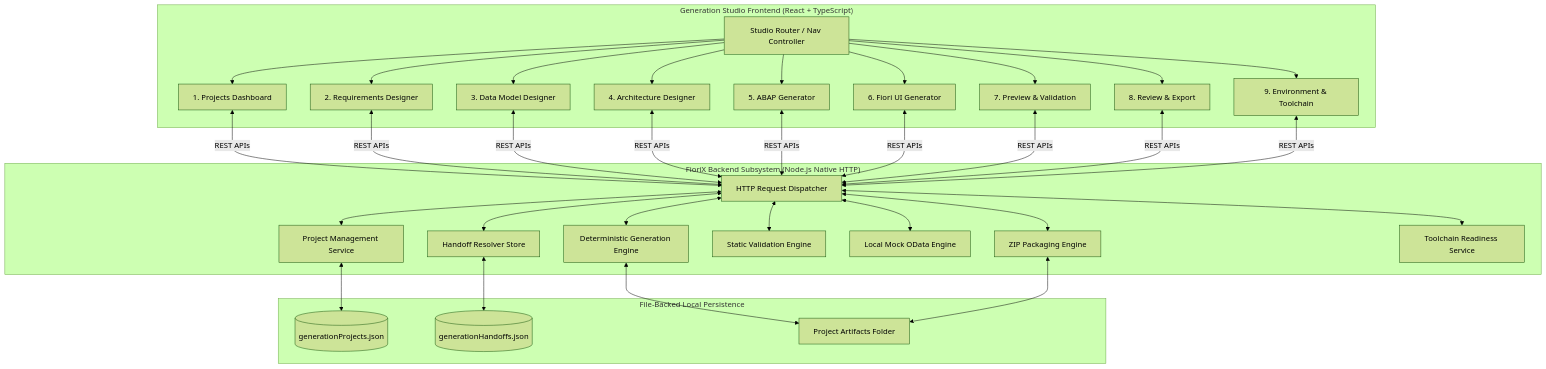
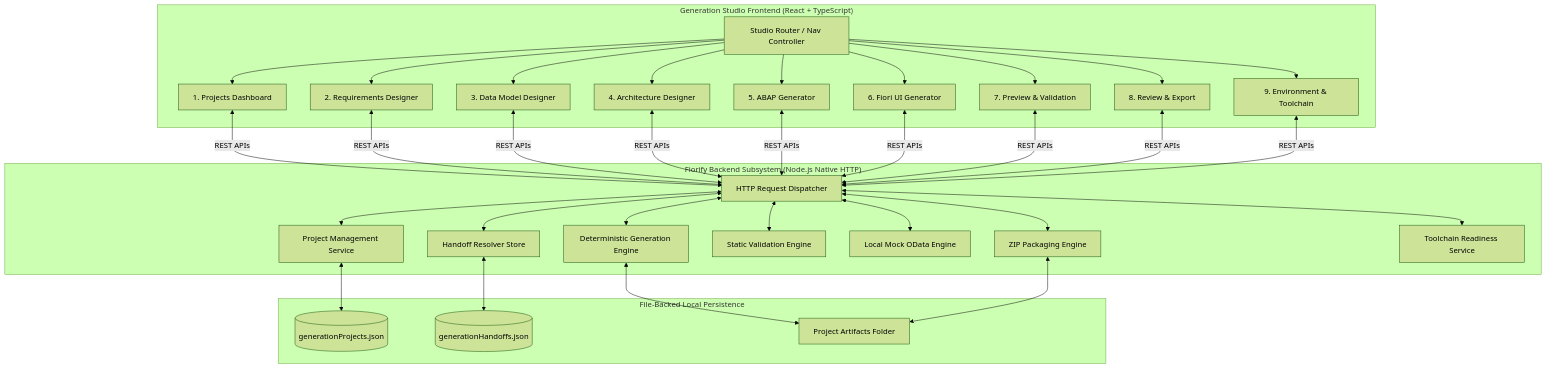
The first of 2 diagrams in docs/generation/design/GENERATION_STUDIO_SYSTEM_DESIGN.md (samarth092005/Firorix), drawn with Mermaid (forest theme) before and after one commit. The commit also changed other lines of this file and 395 other files, not shown here.

````diff
--- a/docs/generation/design/GENERATION_STUDIO_SYSTEM_DESIGN.md
+++ b/docs/generation/design/GENERATION_STUDIO_SYSTEM_DESIGN.md
@@ -37,40 +37,40 @@
 ```mermaid
 flowchart TB
     subgraph UI["Generation Studio Frontend (React + TypeScript)"]
         Nav[Studio Router / Nav Controller]
         S1[1. Projects Dashboard]
         S2[2. Requirements Designer]
         S3[3. Data Model Designer]
         S4[4. Architecture Designer]
         S5[5. ABAP Generator]
         S6[6. Fiori UI Generator]
         S7[7. Preview & Validation]
         S8[8. Review & Export]
         S9[9. Environment & Toolchain]
     end
 
-    subgraph Backend["FioriX Backend Subsystem (Node.js Native HTTP)"]
+    subgraph Backend["Fiorify Backend Subsystem (Node.js Native HTTP)"]
         Router[HTTP Request Dispatcher]
         PM[Project Management Service]
         HND[Handoff Resolver Store]
         ENG[Deterministic Generation Engine]
         VAL[Static Validation Engine]
         MOCK[Local Mock OData Engine]
         EXP[ZIP Packaging Engine]
         ENV[Toolchain Readiness Service]
     end
 
     subgraph Storage["File-Backed Local Persistence"]
         ProjDB[(generationProjects.json)]
         HndDB[(generationHandoffs.json)]
         ArtifactsDir[Project Artifacts Folder]
     end
 
     Nav --> S1 & S2 & S3 & S4 & S5 & S6 & S7 & S8 & S9
     S1 & S2 & S3 & S4 & S5 & S6 & S7 & S8 & S9 <-->|REST APIs| Router
 
     Router <--> PM & HND & ENG & VAL & MOCK & EXP & ENV
     PM <--> ProjDB
     HND <--> HndDB
     ENG & EXP <--> ArtifactsDir
 ```
````
